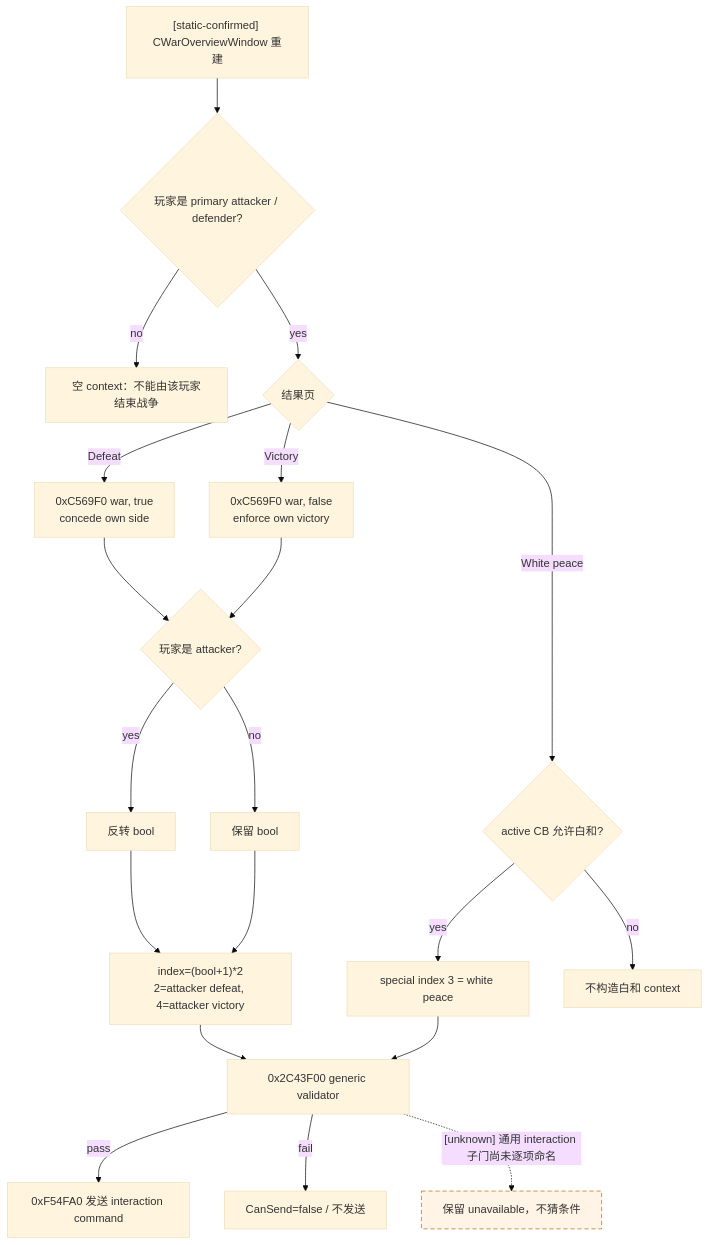
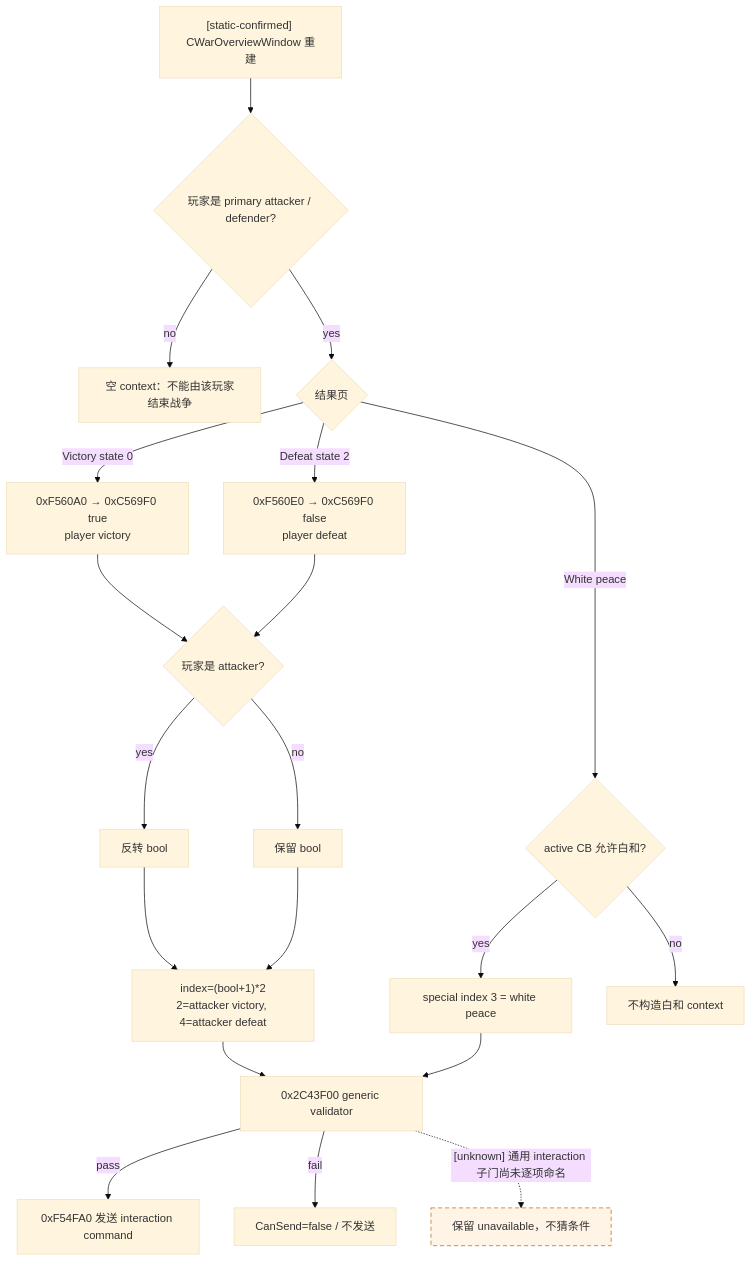
Before and after one commit to XenoAmess/ck3_eternal_recurrence: the second of 14 diagrams in docs/ck3-native-ai/war-termination.md, drawn with Mermaid (base theme). The commit also changed other lines of this file and 183 other files, not shown here.

````diff
--- a/docs/ck3-native-ai/war-termination.md
+++ b/docs/ck3-native-ai/war-termination.md
@@ -79,24 +131,24 @@
 ```mermaid
 flowchart TD
     W["[static-confirmed] CWarOverviewWindow 重建"] --> L{"玩家是 primary attacker / defender?"}
     L -->|no| X["空 context：不能由该玩家结束战争"]
     L -->|yes| C{"结果页"}
-    C -->|Defeat| B1["0xC569F0 war, true<br/>concede own side"]
-    C -->|Victory| B0["0xC569F0 war, false<br/>enforce own victory"]
+    C -->|Victory state 0| B1["0xF560A0 → 0xC569F0 true<br/>player victory"]
+    C -->|Defeat state 2| B0["0xF560E0 → 0xC569F0 false<br/>player defeat"]
     C -->|White peace| WP{"active CB 允许白和?"}
     B1 --> I{"玩家是 attacker?"}
     B0 --> I
     I -->|yes| INV["反转 bool"]
     I -->|no| KEEP["保留 bool"]
-    INV --> DB["index=(bool+1)*2<br/>2=attacker defeat, 4=attacker victory"]
+    INV --> DB["index=(bool+1)*2<br/>2=attacker victory, 4=attacker defeat"]
     KEEP --> DB
     WP -->|yes| W3["special index 3 = white peace"]
     WP -->|no| XW["不构造白和 context"]
     DB --> V["0x2C43F00 generic validator"]
     W3 --> V
     V -->|pass| S["0xF54FA0 发送 interaction command"]
     V -->|fail| N["CanSend=false / 不发送"]
     V -. "[unknown] 通用 interaction 子门尚未逐项命名" .-> U["保留 unavailable，不猜条件"]
     classDef unknown stroke-dasharray: 6 4,fill:#fff4e5,stroke:#b36b00;
     class U unknown;
 ```
````
